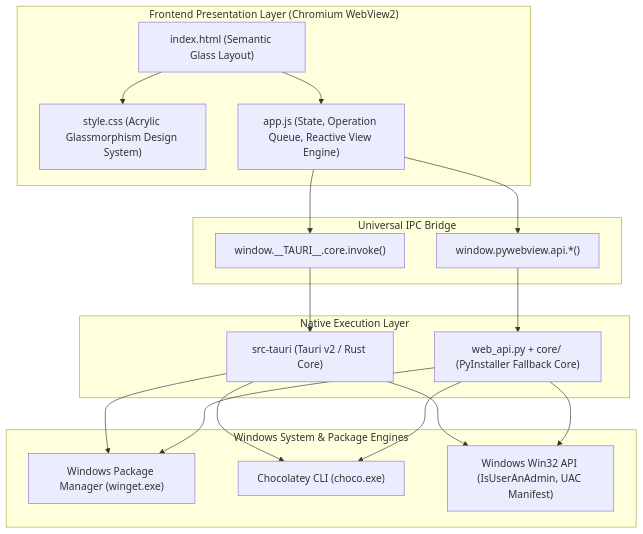
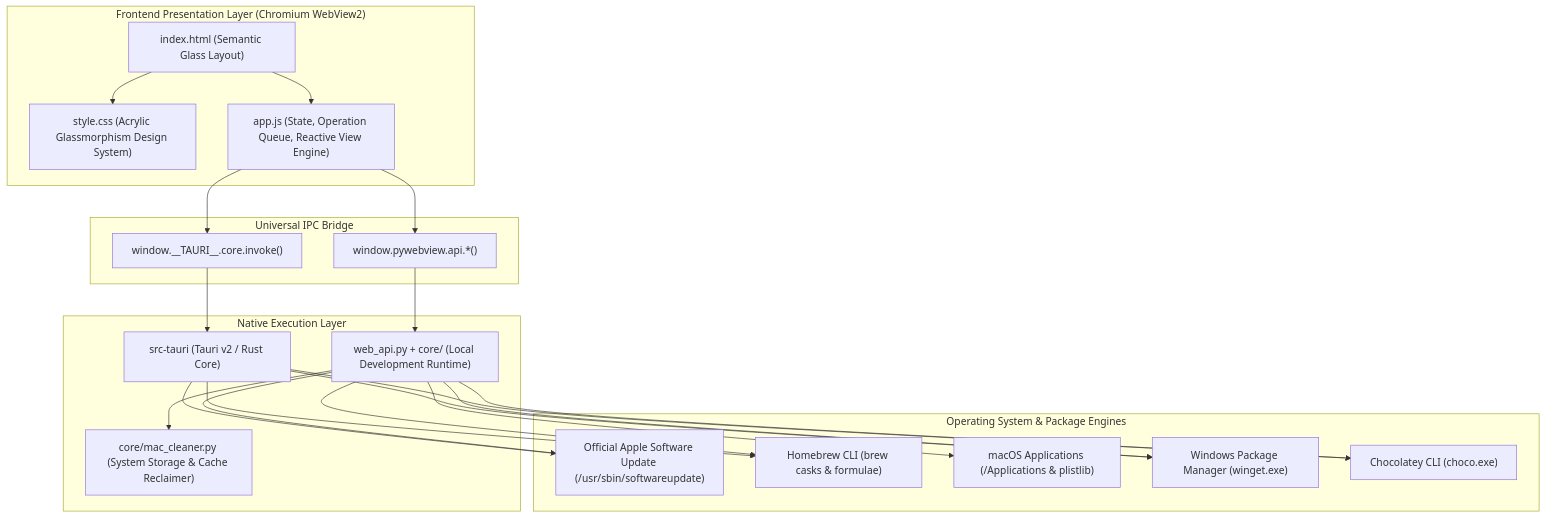
The diagram in docs/ARCHITECTURE.md (merchanthasan2/AudoChocolatey), drawn with Mermaid before and after one commit. The commit also changed 19 other files, not shown here.

Commit message:
feat(auto-updater): implement in-place self-updating for macOS & Windows and fix launch crash

````diff
--- a/docs/ARCHITECTURE.md
+++ b/docs/ARCHITECTURE.md
@@ -12,37 +12,45 @@
 ```mermaid
 graph TD
     subgraph UI ["Frontend Presentation Layer (Chromium WebView2)"]
         HTML["index.html (Semantic Glass Layout)"]
         CSS["style.css (Acrylic Glassmorphism Design System)"]
         JS["app.js (State, Operation Queue, Reactive View Engine)"]
     end
 
     subgraph IPC ["Universal IPC Bridge"]
         TauriIPC["window.__TAURI__.core.invoke()"]
         PyBridge["window.pywebview.api.*()"]
     end
 
     subgraph Backend ["Native Execution Layer"]
         Rust["src-tauri (Tauri v2 / Rust Core)"]
-        Python["web_api.py + core/ (PyInstaller Fallback Core)"]
+        Python["web_api.py + core/ (Local Development Runtime)"]
+        Cleaner["core/mac_cleaner.py (System Storage & Cache Reclaimer)"]
     end
 
-    subgraph System ["Windows System & Package Engines"]
+    subgraph System ["Operating System & Package Engines"]
+        AppleUpdate["Official Apple Software Update (/usr/sbin/softwareupdate)"]
+        Homebrew["Homebrew CLI (brew casks & formulae)"]
+        MacApps["macOS Applications (/Applications & plistlib)"]
         Winget["Windows Package Manager (winget.exe)"]
         Choco["Chocolatey CLI (choco.exe)"]
-        WinAPI["Windows Win32 API (IsUserAnAdmin, UAC Manifest)"]
     end
 
     HTML --> CSS
     HTML --> JS
     JS --> TauriIPC
     JS --> PyBridge
     TauriIPC --> Rust
     PyBridge --> Python
+    Python --> Cleaner
+    Rust --> AppleUpdate
+    Rust --> Homebrew
     Rust --> Winget
     Rust --> Choco
-    Rust --> WinAPI
+    Python --> AppleUpdate
+    Python --> Homebrew
+    Python --> MacApps
     Python --> Winget
     Python --> Choco
-    Python --> WinAPI
+
 ```
````
